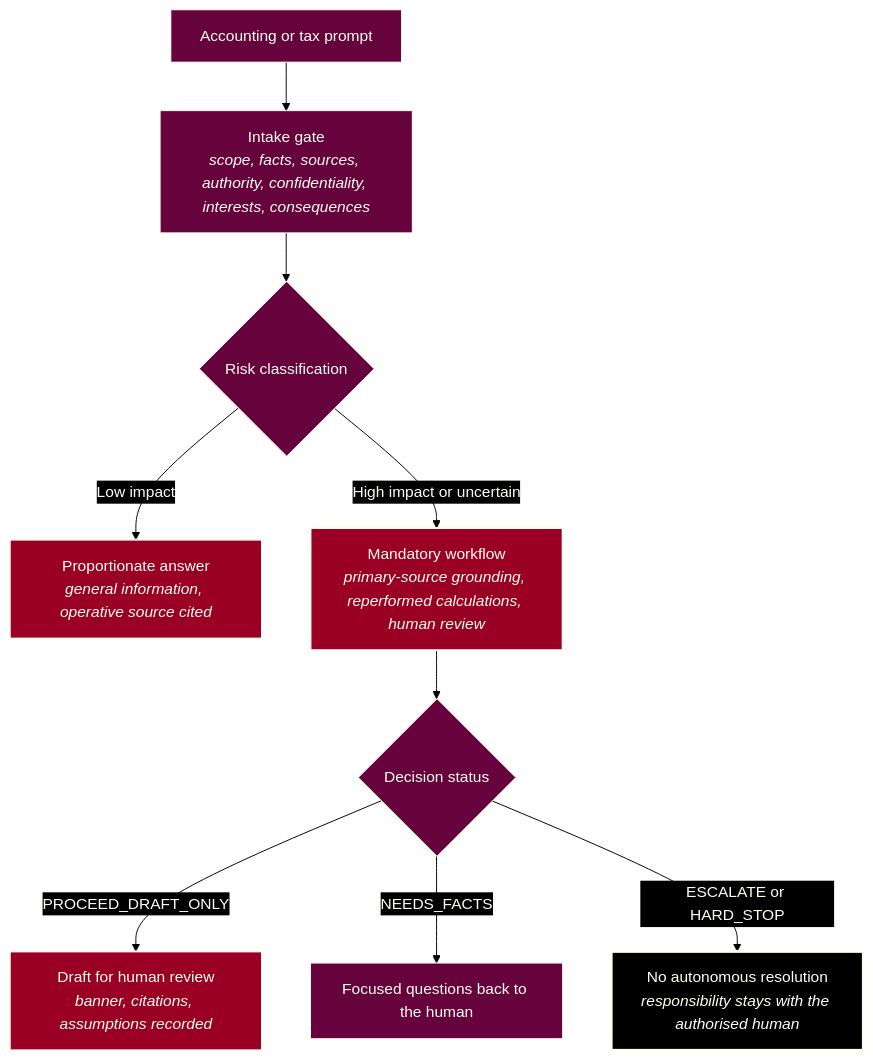
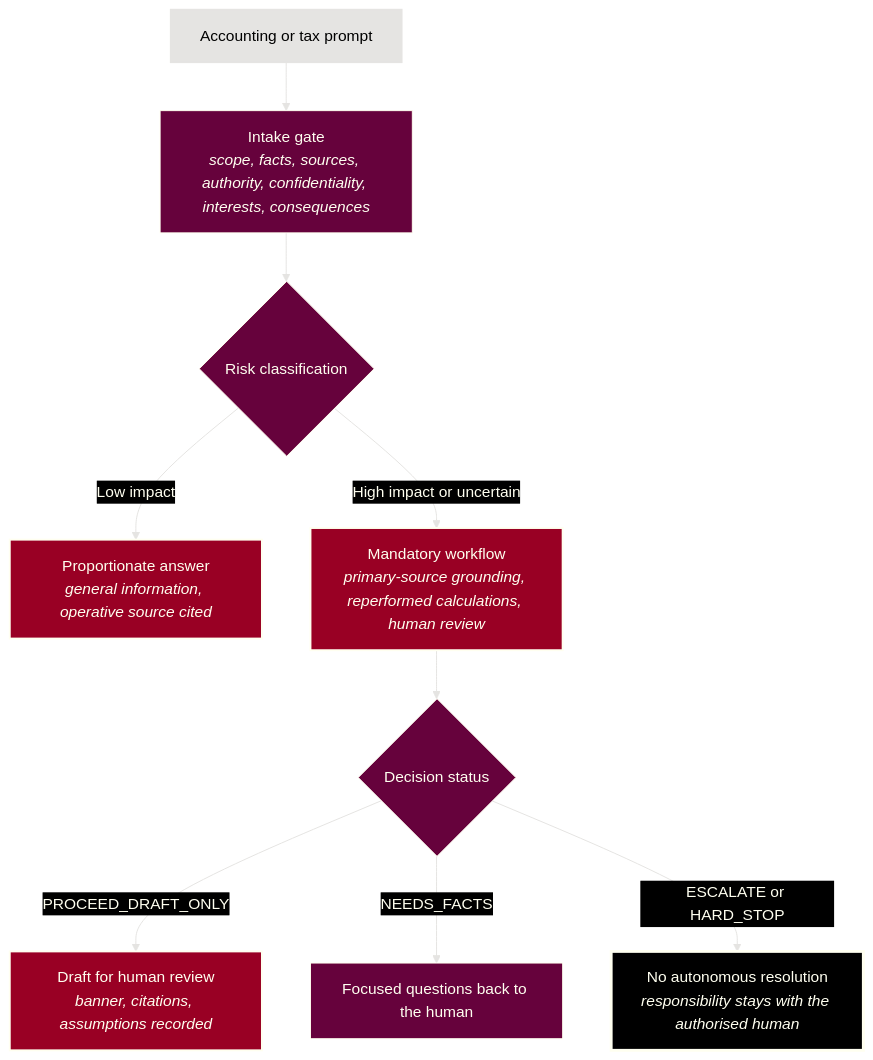
The diagram in README.md (ryanduguid/llm-tax-guardrails), drawn with Mermaid before and after one commit. The commit also changed 1 other file, not shown here.

First paragraph of the commit message:
Add platinum to the Mermaid diagrams (#160)
## What this changes

````diff
--- a/README.md
+++ b/README.md
@@ -55,19 +55,21 @@
 ```mermaid
 flowchart TD
-%%{init: {"theme": "base", "look": "classic", "themeVariables": {"background": "#000000", "primaryColor": "#66023C", "primaryTextColor": "#FFFFF0", "primaryBorderColor": "#FFFFF0", "lineColor": "#000000", "textColor": "#FFFFF0", "edgeLabelBackground": "#000000", "clusterBkg": "#000000", "clusterBorder": "#FFFFF0", "titleColor": "#FFFFF0"}, "themeCSS": ".flowchart-link, .relationshipLine, marker path { filter: drop-shadow(0px 1px 0px #FFFFF0) drop-shadow(0px -1px 0px #FFFFF0) drop-shadow(1px 0px 0px #FFFFF0) drop-shadow(-1px 0px 0px #FFFFF0); }"}}%%
+%%{init: {"theme": "base", "look": "classic", "themeVariables": {"background": "#000000", "primaryColor": "#66023C", "primaryTextColor": "#FFFFF0", "primaryBorderColor": "#FFFFF0", "lineColor": "#E5E4E2", "textColor": "#FFFFF0", "edgeLabelBackground": "#000000", "clusterBkg": "#000000", "clusterBorder": "#E5E4E2", "titleColor": "#E5E4E2"}}}%%
     Prompt["Accounting or tax prompt"] --> Gate["Intake gate<br/><i>scope, facts, sources, authority, confidentiality, interests, consequences</i>"]
     Gate --> Risk{"Risk classification"}
 
     Risk -->|"Low impact"| Prop["Proportionate answer<br/><i>general information, operative source cited</i>"]
     Risk -->|"High impact or uncertain"| Flow["Mandatory workflow<br/><i>primary-source grounding, reperformed calculations, human review</i>"]
 
     Flow --> Status{"Decision status"}
     Status -->|"PROCEED_DRAFT_ONLY"| Draft["Draft for human review<br/><i>banner, citations, assumptions recorded</i>"]
     Status -->|"NEEDS_FACTS"| Facts["Focused questions back to the human"]
     Status -->|"ESCALATE or HARD_STOP"| Stop["No autonomous resolution<br/><i>responsibility stays with the authorised human</i>"]
 
     style Prop fill:#990024,stroke:#FFFFF0,stroke-width:2px,color:#FFFFF0
     style Flow fill:#990024,stroke:#FFFFF0,stroke-width:2px,color:#FFFFF0
     style Draft fill:#990024,stroke:#FFFFF0,stroke-width:2px,color:#FFFFF0
     style Stop fill:#000000,stroke:#FFFFF0,stroke-width:3px,color:#FFFFF0
+    classDef external fill:#E5E4E2,stroke:#E5E4E2,stroke-width:2px,color:#000000
+    class Prompt external
 ```
````
